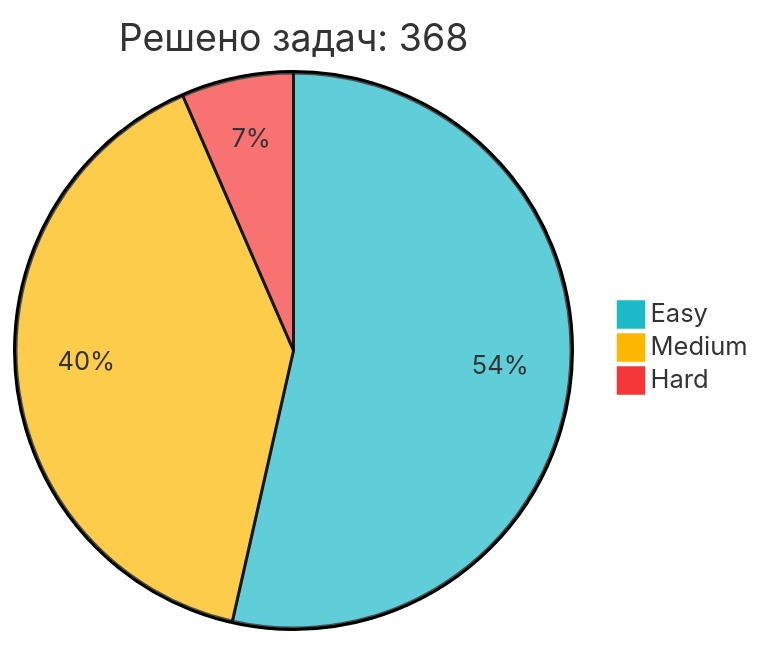
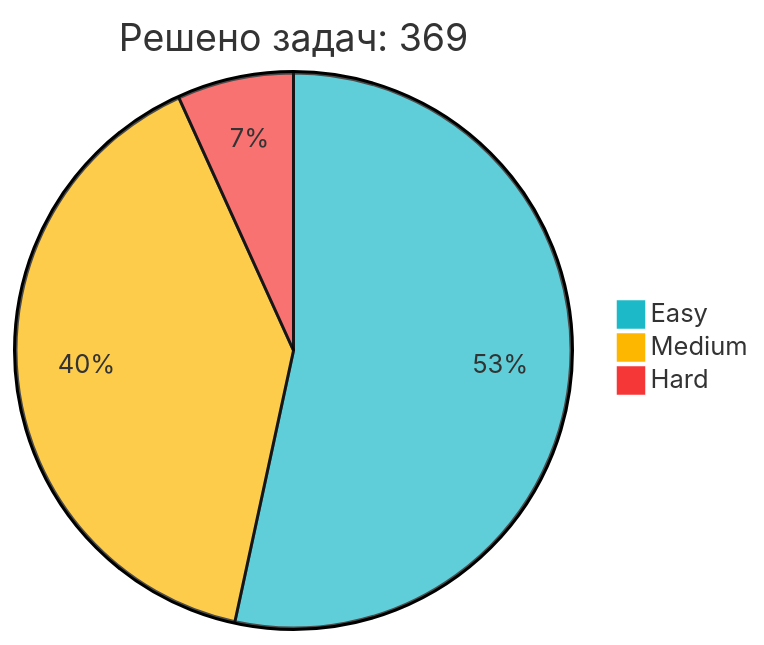
The diagram in README.md (IliaKurdukov/IliaKurdukov), drawn with Mermaid before and after one commit. The commit also changed other lines of this file, not shown here.

Commit message:
📈 Обновление статистики LeetCode

````diff
--- a/README.md
+++ b/README.md
@@ -51,7 +51,7 @@
 ```mermaid
 %%{init: {'theme': 'base', 'themeVariables': { 'pie1': '#1CBAC8', 'pie2': '#FEB700', 'pie3': '#F63737' }, 'config': {'width': 300, 'height': 200}}}%%
-pie title Решено задач: 368
+pie title Решено задач: 369
    "Easy" : 197
    "Medium" : 147
-   "Hard" : 24
+   "Hard" : 25
 ```
````
